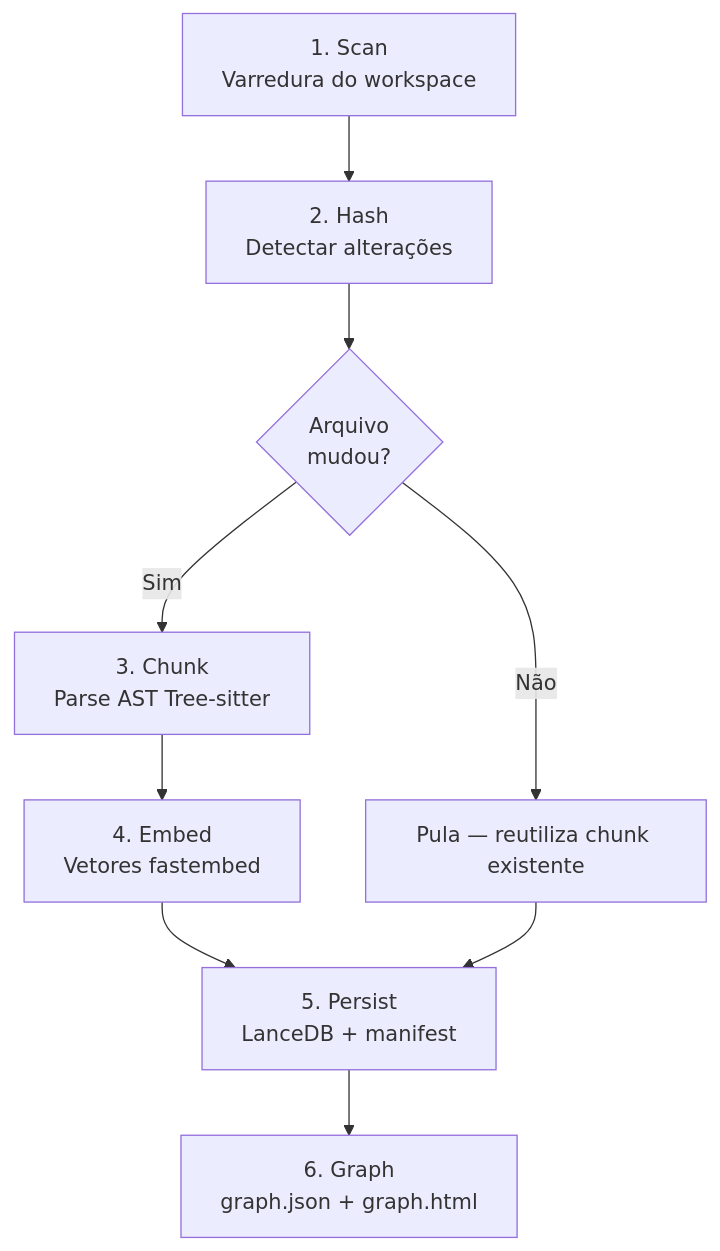
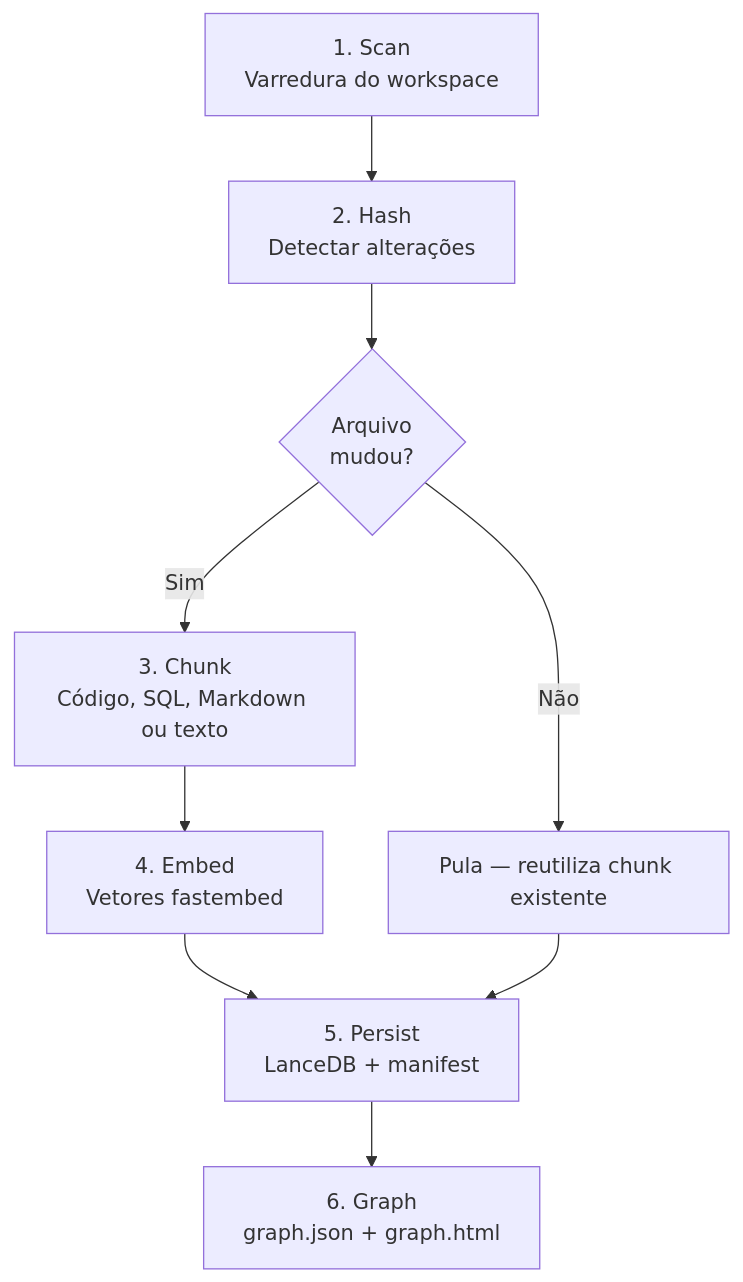
Before and after one commit to LuisCarlosLopes/codesteer-atlas: the third of 14 diagrams in docs/guia-indexacao-grafo-mcp.md, drawn with Mermaid. The commit also changed other lines of this file and 3 other files, not shown here.

````diff
--- a/docs/guia-indexacao-grafo-mcp.md
+++ b/docs/guia-indexacao-grafo-mcp.md
@@ -137,11 +144,11 @@
 ```mermaid
 flowchart TD
     A[1. Scan<br/>Varredura do workspace] --> B[2. Hash<br/>Detectar alterações]
     B --> C{Arquivo<br/>mudou?}
     C -->|Não| SKIP[Pula — reutiliza chunk existente]
-    C -->|Sim| D[3. Chunk<br/>Parse AST Tree-sitter]
+    C -->|Sim| D[3. Chunk<br/>Código, SQL, Markdown ou texto]
     D --> E[4. Embed<br/>Vetores fastembed]
     E --> F[5. Persist<br/>LanceDB + manifest]
     F --> G[6. Graph<br/>graph.json + graph.html]
     SKIP --> F
 ```
````
